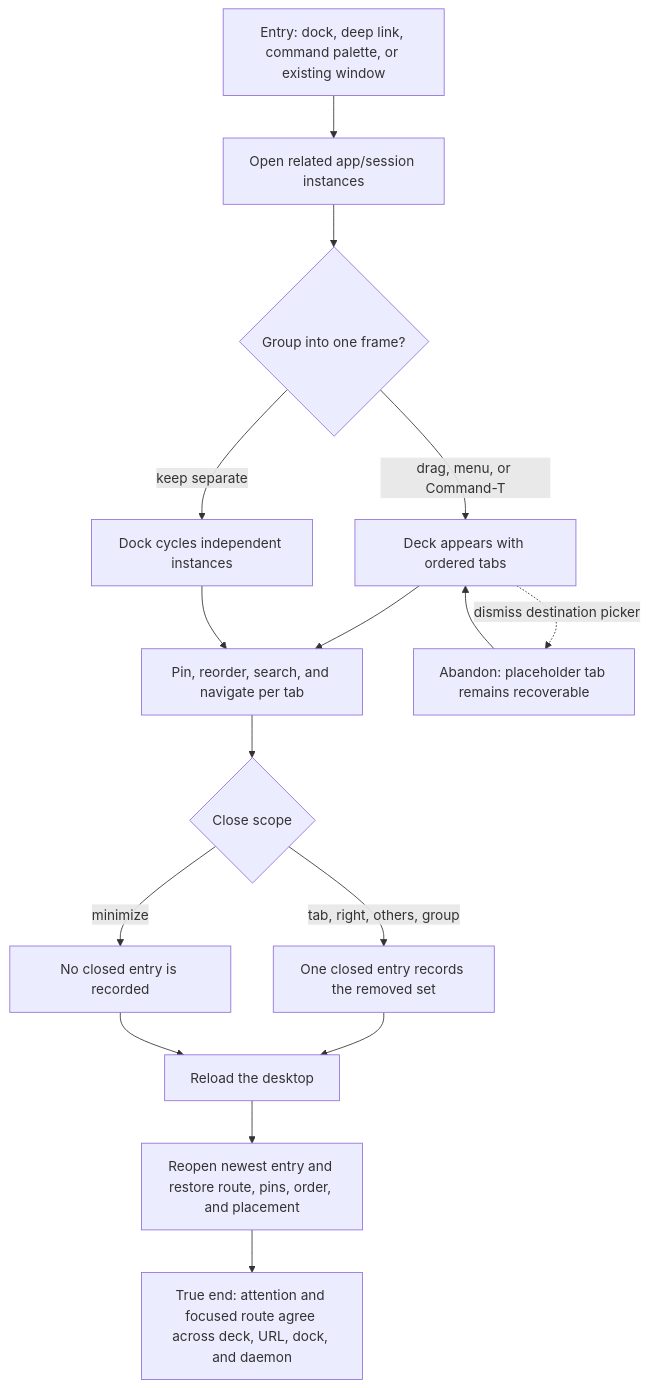
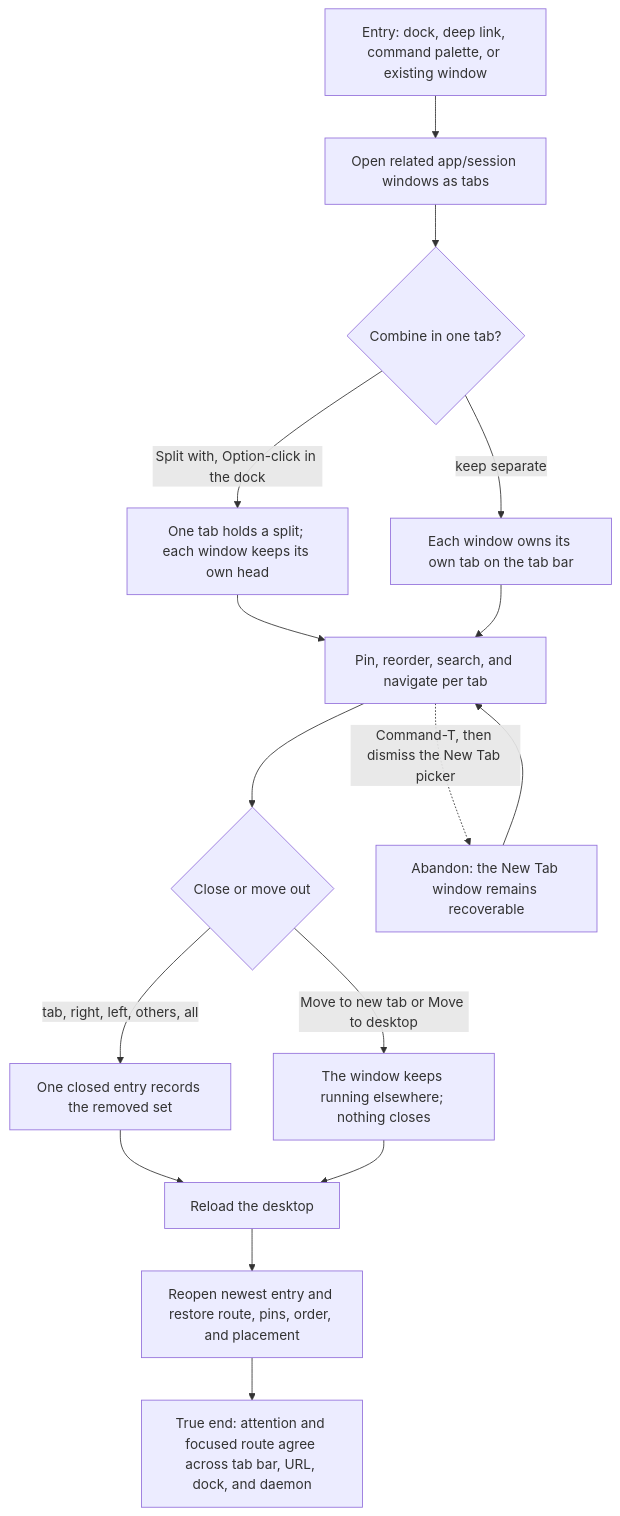
One commit to compozy/compozy changed the diagram in docs/qa/journeys/J-organize-tabbed-work.md. Above: the diagram before and after it, drawn with Mermaid. The commit also changed other lines of this file and 73 other files, not shown here.

First line of the commit message:
docs: describe window tabs and splits across docs, skill, QA and release note

````diff
--- a/docs/qa/journeys/J-organize-tabbed-work.md
+++ b/docs/qa/journeys/J-organize-tabbed-work.md
@@ -7,18 +7,18 @@
 ```mermaid
 flowchart TD
-    A[Entry: dock, deep link, command palette, or existing window] --> B[Open related app/session instances]
-    B --> C{Group into one frame?}
-    C -->|drag, menu, or Command-T| D[Deck appears with ordered tabs]
-    C -->|keep separate| E[Dock cycles independent instances]
+    A[Entry: dock, deep link, command palette, or existing window] --> B[Open related app/session windows as tabs]
+    B --> C{Combine in one tab?}
+    C -->|Split with, Option-click in the dock| D[One tab holds a split; each window keeps its own head]
+    C -->|keep separate| E[Each window owns its own tab on the tab bar]
     D --> F[Pin, reorder, search, and navigate per tab]
     E --> F
-    F --> G{Close scope}
-    G -->|tab, right, others, group| H[One closed entry records the removed set]
-    G -->|minimize| I[No closed entry is recorded]
+    F --> G{Close or move out}
+    G -->|tab, right, left, others, all| H[One closed entry records the removed set]
+    G -->|Move to new tab or Move to desktop| I[The window keeps running elsewhere; nothing closes]
     H --> J[Reload the desktop]
     I --> J
     J --> K[Reopen newest entry and restore route, pins, order, and placement]
-    K --> L[True end: attention and focused route agree across deck, URL, dock, and daemon]
-    D -.->|dismiss destination picker| X[Abandon: placeholder tab remains recoverable]
-    X --> D
+    K --> L[True end: attention and focused route agree across tab bar, URL, dock, and daemon]
+    F -.->|Command-T, then dismiss the New Tab picker| X[Abandon: the New Tab window remains recoverable]
+    X --> F
 ```
````
